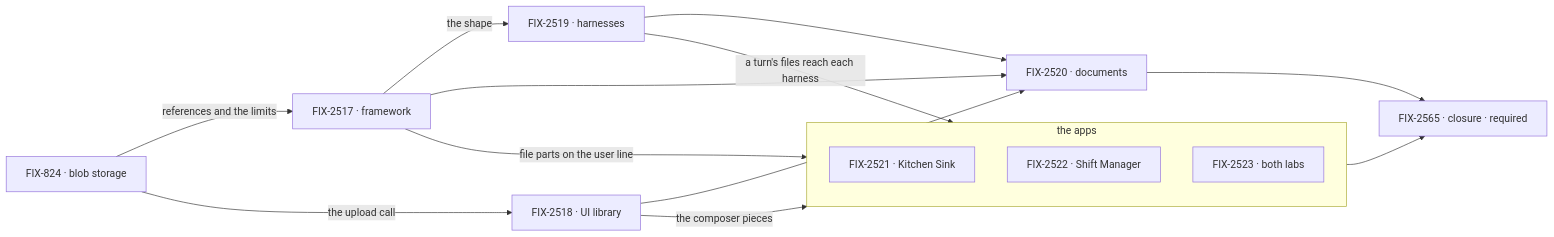
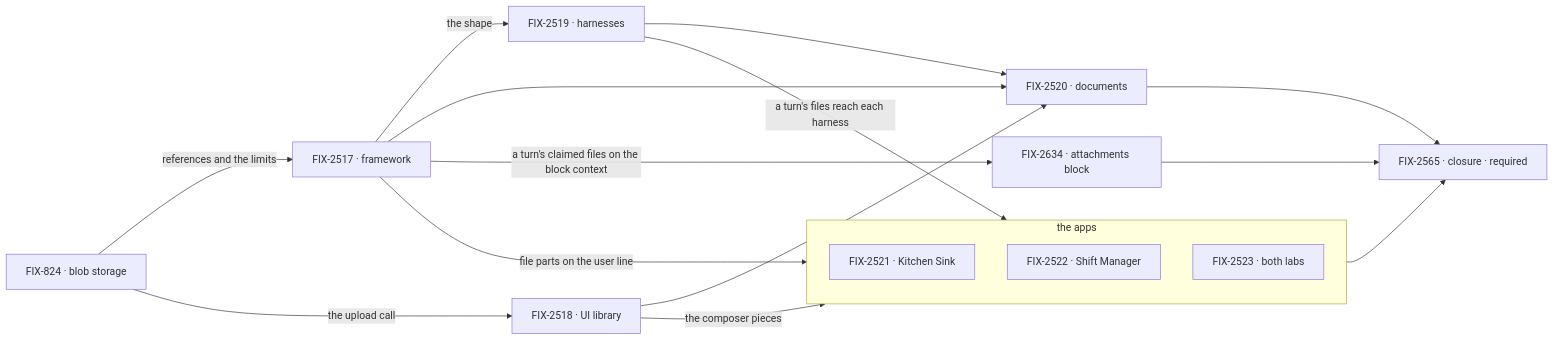
Before and after one commit to fixpoint-labs/flow-state-dev: the second of 2 diagrams in specs/epics/FIX-2516/SPEC.md, drawn with Mermaid. The commit also changed other lines of this file and 13 other files, not shown here.

First line of the commit message:
spec(FIX-2634): attachments block, a session list of a turn's files

````diff
--- a/specs/epics/FIX-2516/SPEC.md
+++ b/specs/epics/FIX-2516/SPEC.md
@@ -93,19 +96,21 @@
 ```mermaid
 flowchart LR
   S["FIX-824 · blob storage"] -->|"references and the limits"| A["FIX-2517 · framework"]
   S -->|"the upload call"| B["FIX-2518 · UI library"]
   A -->|"the shape"| H["FIX-2519 · harnesses"]
   A -->|"file parts on the user line"| APPS
   B -->|"the composer pieces"| APPS
   H -->|"a turn's files reach each harness"| APPS
   A --> D["FIX-2520 · documents"]
   B --> D
   H --> D
   subgraph APPS["the apps"]
     KS["FIX-2521 · Kitchen Sink"]
     SM["FIX-2522 · Shift Manager"]
     CC["FIX-2523 · both labs"]
   end
+  A -->|"a turn's claimed files on the block context"| AB["FIX-2634 · attachments block"]
   APPS --> Z["FIX-2565 · closure · required"]
   D --> Z
+  AB --> Z
 ```
````
